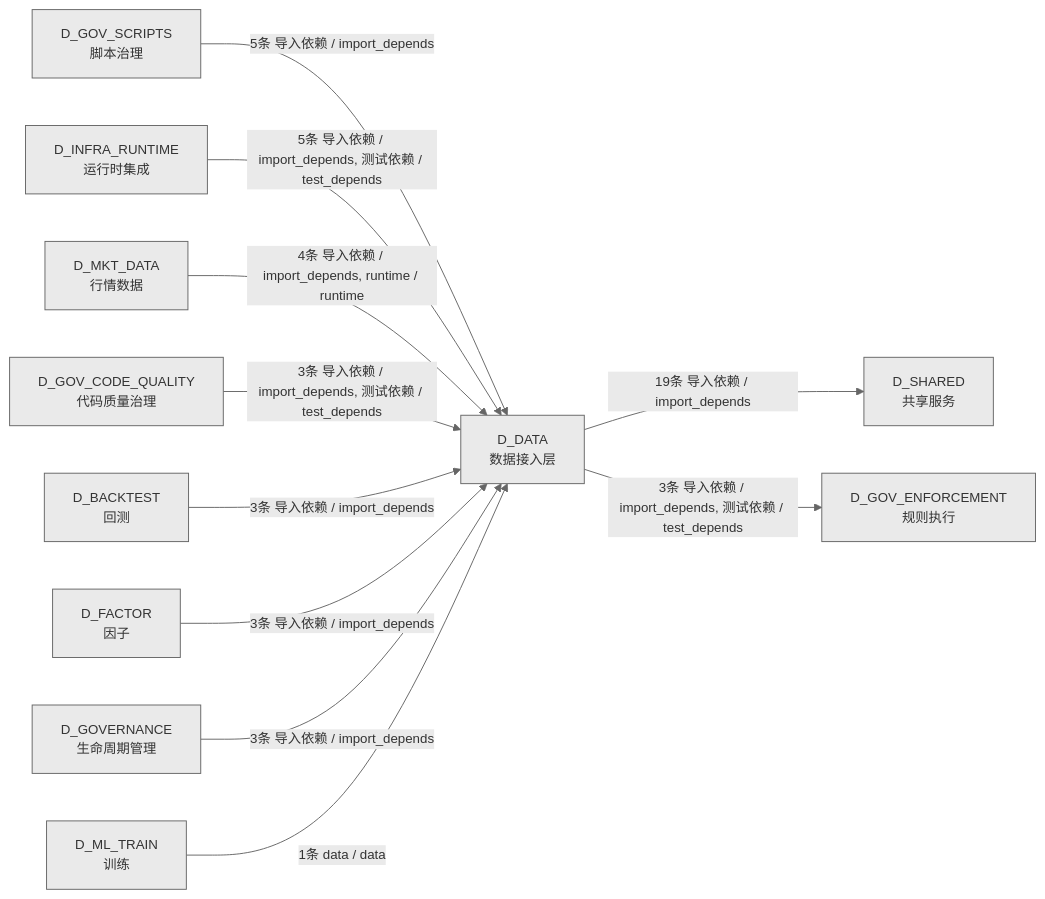
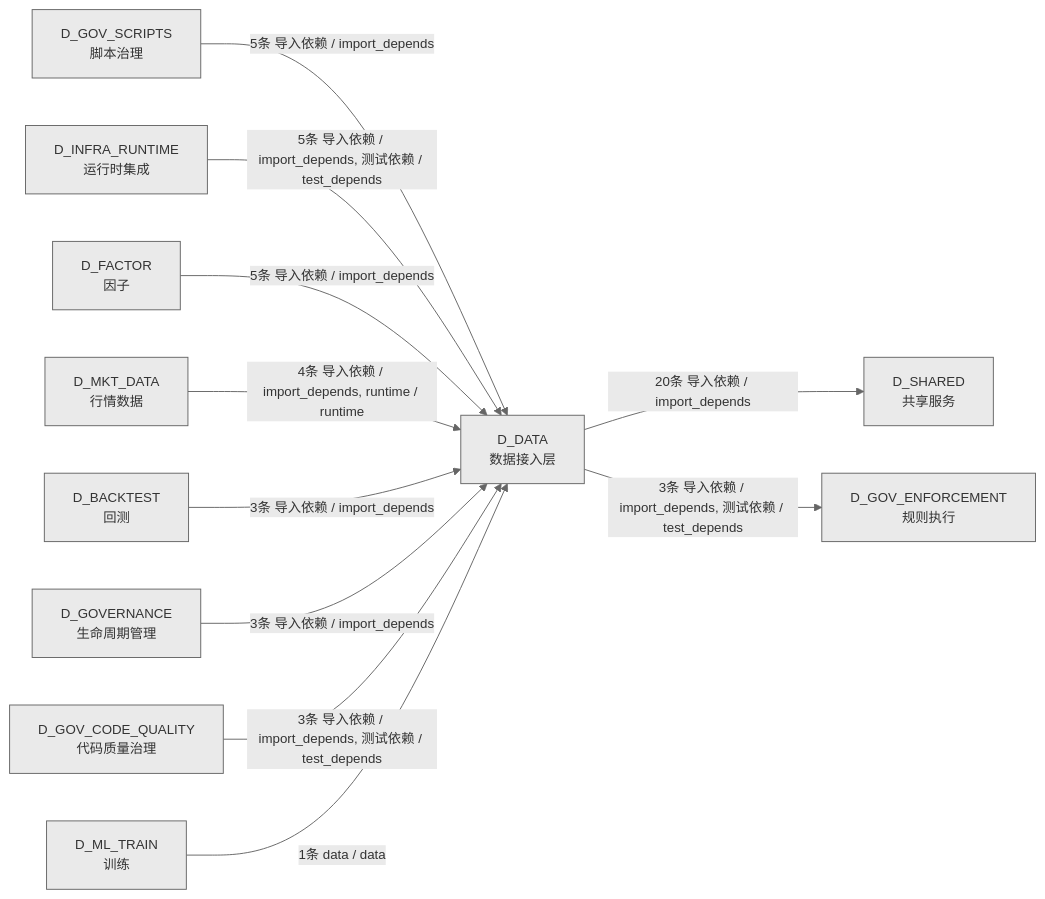
Before and after one commit to xuanFelixVan/ZephyrAlpha: the fourth of 4 diagrams in docs/02_enterprise_architecture/02_domain_architecture_docs/11_d_data.md, drawn with Mermaid. The commit also changed other lines of this file and 50 other files, not shown here.

````diff
--- a/docs/02_enterprise_architecture/02_domain_architecture_docs/11_d_data.md
+++ b/docs/02_enterprise_architecture/02_domain_architecture_docs/11_d_data.md
@@ -1374,25 +1417,25 @@
 ```mermaid
 %%{init: {'theme': 'base', 'themeVariables': {'primaryColor': '#eaeaea', 'primaryTextColor': '#333333', 'primaryBorderColor': '#666666', 'lineColor': '#666666', 'secondaryColor': '#eaeaea', 'tertiaryColor': '#eaeaea', 'fontSize': '14px'}}}%%
 graph LR
     D_DATA["D_DATA<br/>数据接入层"]
     D_SHARED["D_SHARED<br/>共享服务"]
     D_GOV_ENFORCEMENT["D_GOV_ENFORCEMENT<br/>规则执行"]
     D_GOV_SCRIPTS["D_GOV_SCRIPTS<br/>脚本治理"]
     D_INFRA_RUNTIME["D_INFRA_RUNTIME<br/>运行时集成"]
+    D_FACTOR["D_FACTOR<br/>因子"]
     D_MKT_DATA["D_MKT_DATA<br/>行情数据"]
+    D_BACKTEST["D_BACKTEST<br/>回测"]
+    D_GOVERNANCE["D_GOVERNANCE<br/>生命周期管理"]
     D_GOV_CODE_QUALITY["D_GOV_CODE_QUALITY<br/>代码质量治理"]
-    D_BACKTEST["D_BACKTEST<br/>回测"]
-    D_FACTOR["D_FACTOR<br/>因子"]
-    D_GOVERNANCE["D_GOVERNANCE<br/>生命周期管理"]
     D_ML_TRAIN["D_ML_TRAIN<br/>训练"]
-    D_DATA -->|19条 导入依赖 / import_depends| D_SHARED
+    D_DATA -->|20条 导入依赖 / import_depends| D_SHARED
     D_DATA -->|3条 导入依赖 / import_depends, 测试依赖 / test_depends| D_GOV_ENFORCEMENT
     D_GOV_SCRIPTS -->|5条 导入依赖 / import_depends| D_DATA
     D_INFRA_RUNTIME -->|5条 导入依赖 / import_depends, 测试依赖 / test_depends| D_DATA
+    D_FACTOR -->|5条 导入依赖 / import_depends| D_DATA
     D_MKT_DATA -->|4条 导入依赖 / import_depends, runtime / runtime| D_DATA
+    D_BACKTEST -->|3条 导入依赖 / import_depends| D_DATA
+    D_GOVERNANCE -->|3条 导入依赖 / import_depends| D_DATA
     D_GOV_CODE_QUALITY -->|3条 导入依赖 / import_depends, 测试依赖 / test_depends| D_DATA
-    D_BACKTEST -->|3条 导入依赖 / import_depends| D_DATA
-    D_FACTOR -->|3条 导入依赖 / import_depends| D_DATA
-    D_GOVERNANCE -->|3条 导入依赖 / import_depends| D_DATA
     D_ML_TRAIN -->|1条 data / data| D_DATA
 ```
````
